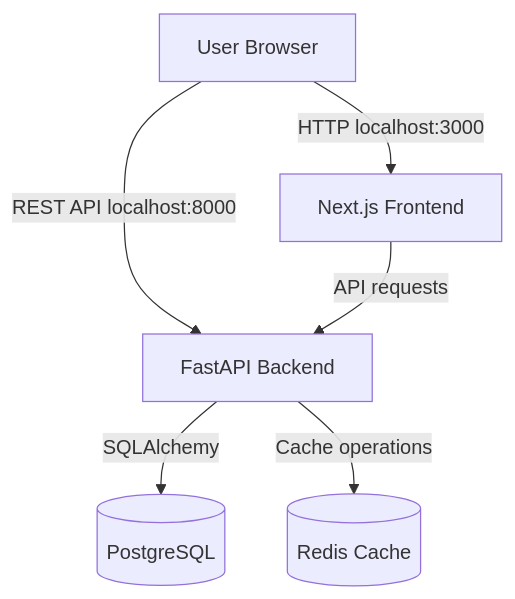
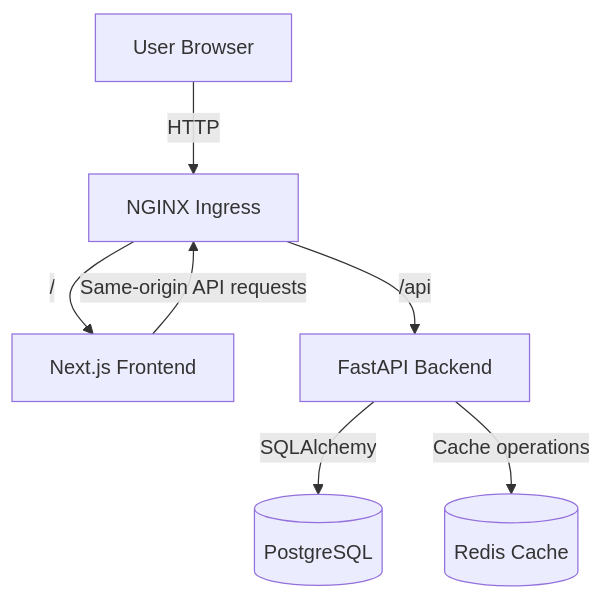
One commit to hamidgurmani/bcdapps-devops-assessment changed the diagram in docs/architecture.md. Above: the diagram before and after it, drawn with Mermaid. The commit also changed other lines of this file and 1 other file, not shown here.

Commit message:
Complete architecture and DevOps troubleshooting documentation

````diff
--- a/docs/architecture.md
+++ b/docs/architecture.md
@@ -11,15 +23,16 @@
 ```mermaid
 flowchart TB
-    Browser[User Browser]
+    User[User Browser]
+    Ingress[NGINX Ingress]
     Frontend[Next.js Frontend]
     Backend[FastAPI Backend]
-    PostgreSQL[(PostgreSQL)]
+    DB[(PostgreSQL)]
     Redis[(Redis Cache)]
 
-    Browser -->|HTTP localhost:3000| Frontend
-    Browser -->|REST API localhost:8000| Backend
-    Frontend -->|API requests| Backend
-    Backend -->|SQLAlchemy| PostgreSQL
+    User -->|HTTP| Ingress
+    Ingress -->|/| Frontend
+    Ingress -->|/api| Backend
+    Frontend -->|Same-origin API requests| Ingress
+    Backend -->|SQLAlchemy| DB
     Backend -->|Cache operations| Redis
-
 ```
````
